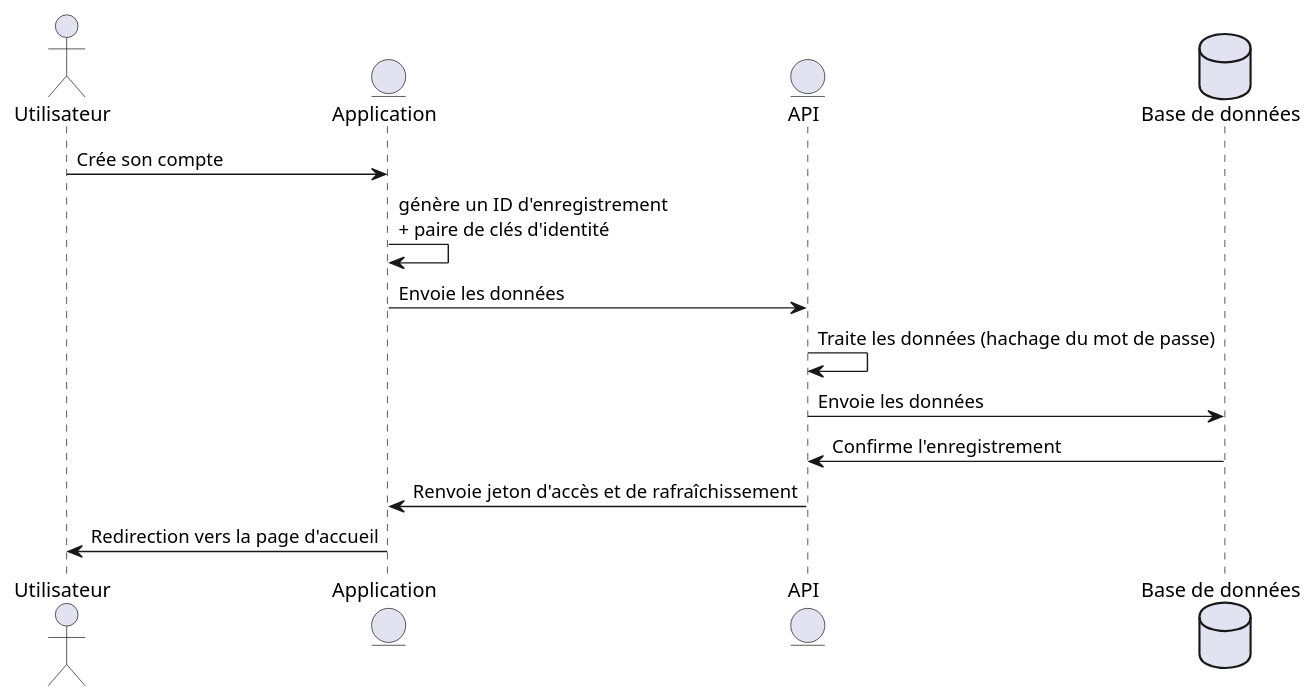
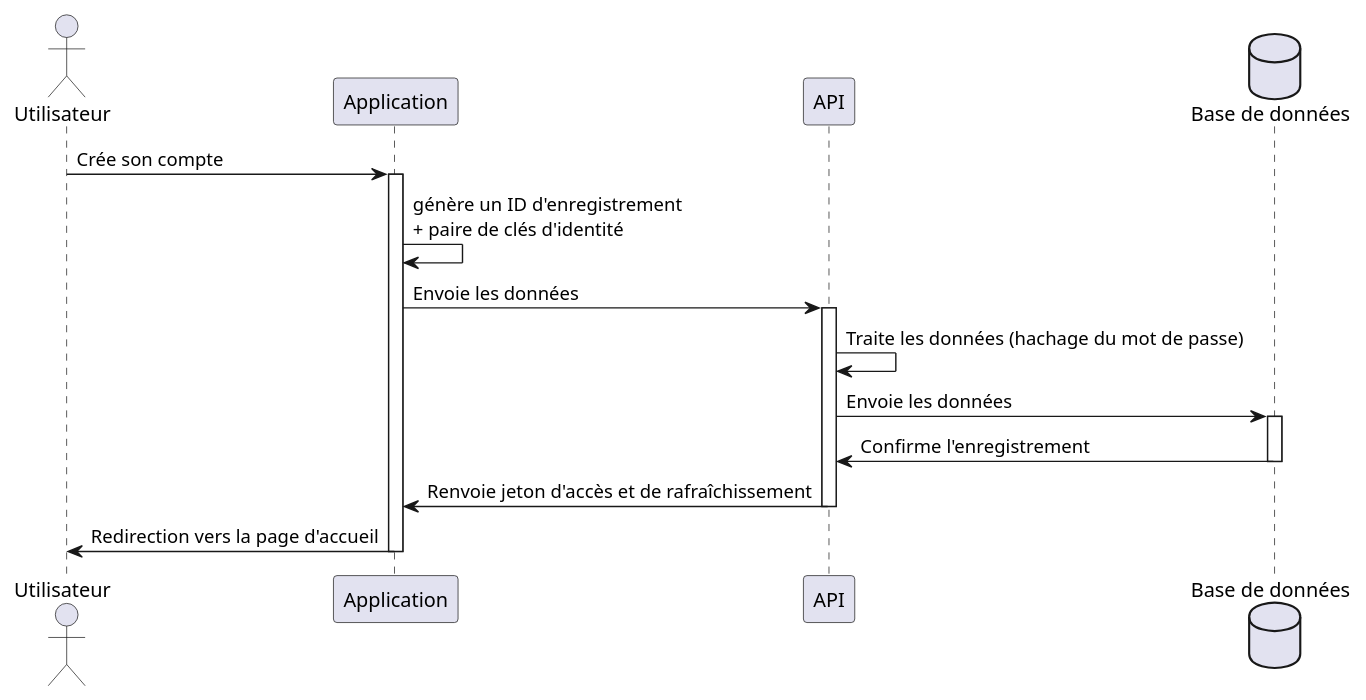
Before and after one commit to nezia1/missive-documentation: the diagram in docs/assets/diagrams/src/registration.puml, drawn with PlantUML. The commit also changed 10 other files, not shown here.

Commit message:
add lifeline to diagrams

```diff
--- a/docs/assets/diagrams/src/registration.puml
+++ b/docs/assets/diagrams/src/registration.puml
@@ -1,15 +1,21 @@
 @startuml registration
 actor "Utilisateur" as User
-entity "Application" as Client
-entity "API" as API
+participant "Application" as Client
+participant "API" as API
 database "Base de données" as DB
 
 User -> Client : Crée son compte
+activate Client
 Client -> Client : génère un ID d'enregistrement \n+ paire de clés d'identité
 Client -> API : Envoie les données
+activate API
 API -> API : Traite les données (hachage du mot de passe)
 API -> DB : Envoie les données
+activate DB
 DB -> API : Confirme l'enregistrement
+deactivate DB
 API -> Client : Renvoie jeton d'accès et de rafraîchissement
+deactivate API
 Client -> User : Redirection vers la page d'accueil 
+deactivate Client
 @enduml
```
